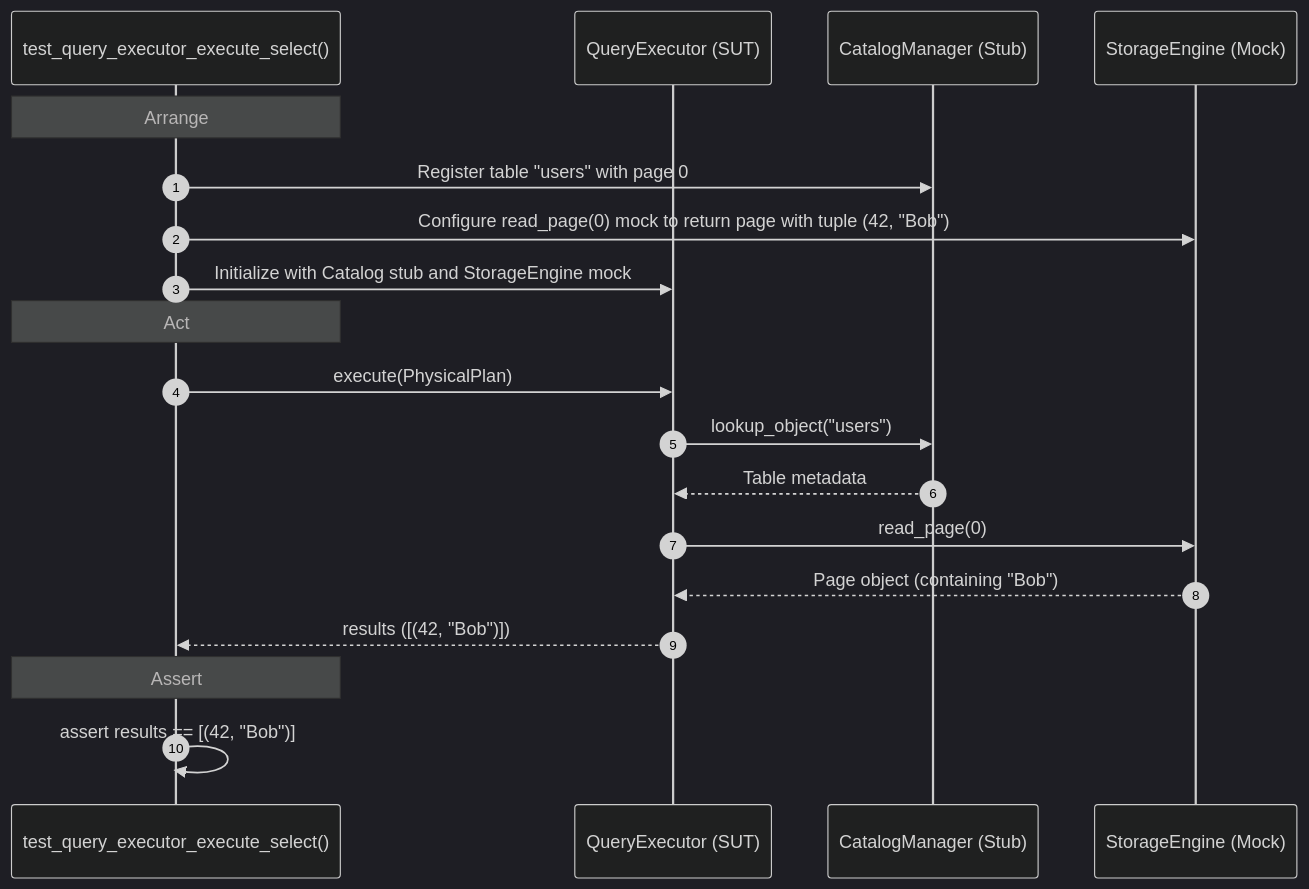
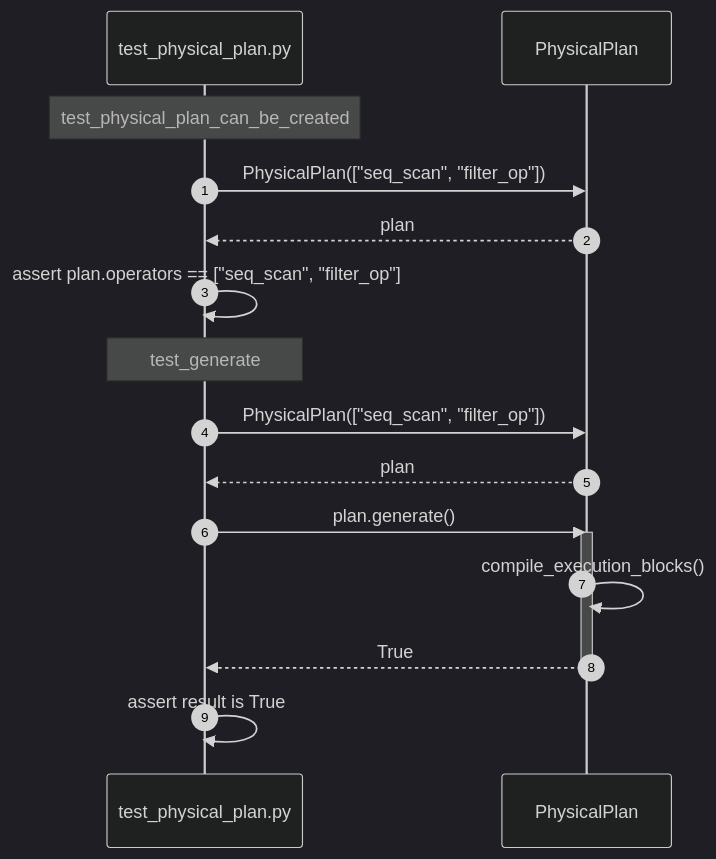
Before and after one commit to taitran501/DBMS: the fifth of 14 diagrams in diagrams/sequence/query_processing.md, drawn with Mermaid (dark theme). The commit also changed other lines of this file and 5 other files, not shown here.

Commit message:
docs: udpate sequence unit test diagrams

````diff
--- a/diagrams/sequence/query_processing.md
+++ b/diagrams/sequence/query_processing.md
@@ -59,24 +199,21 @@
 ```mermaid
 sequenceDiagram
     autonumber
-    participant Test as test_query_executor_execute_select()
-    participant Exec as QueryExecutor (SUT)
-    participant Catalog as CatalogManager (Stub)
-    participant Storage as StorageEngine (Mock)
+    participant Test as test_physical_plan.py
+    participant SUT as PhysicalPlan
 
-    Note over Test: Arrange
-    Test->>Catalog: Register table "users" with page 0
-    Test->>Storage: Configure read_page(0) mock to return page with tuple (42, "Bob")
-    Test->>Exec: Initialize with Catalog stub and StorageEngine mock
+    Note over Test: test_physical_plan_can_be_created
+    Test->>SUT: PhysicalPlan(["seq_scan", "filter_op"])
+    SUT-->>Test: plan
+    Test->>Test: assert plan.operators == ["seq_scan", "filter_op"]
 
-    Note over Test: Act
-    Test->>Exec: execute(PhysicalPlan)
-    Exec->>Catalog: lookup_object("users")
-    Catalog-->>Exec: Table metadata
-    Exec->>Storage: read_page(0)
-    Storage-->>Exec: Page object (containing "Bob")
-    Exec-->>Test: results ([(42, "Bob")])
-
-    Note over Test: Assert
-    Test->>Test: assert results == [(42, "Bob")]
+    Note over Test: test_generate
+    Test->>SUT: PhysicalPlan(["seq_scan", "filter_op"])
+    SUT-->>Test: plan
+    Test->>SUT: plan.generate()
+    activate SUT
+    SUT->>SUT: compile_execution_blocks()
+    SUT-->>Test: True
+    deactivate SUT
+    Test->>Test: assert result is True
 ```
````
